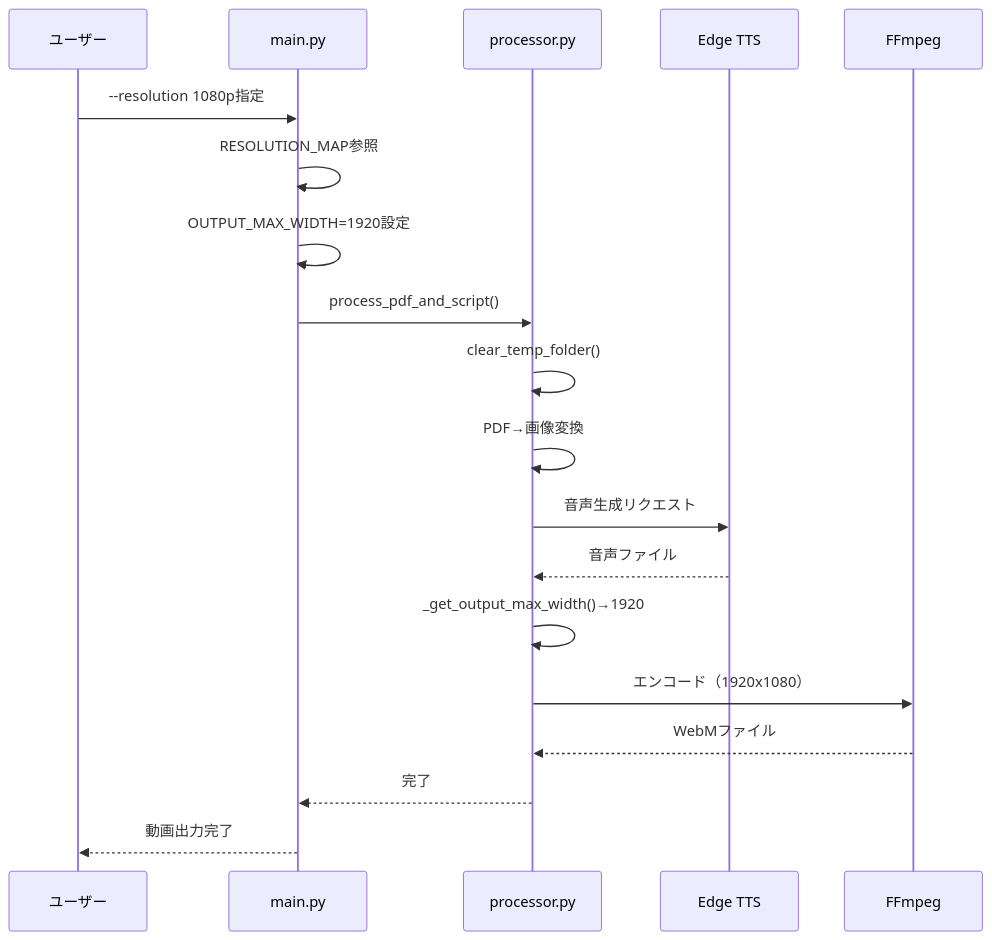
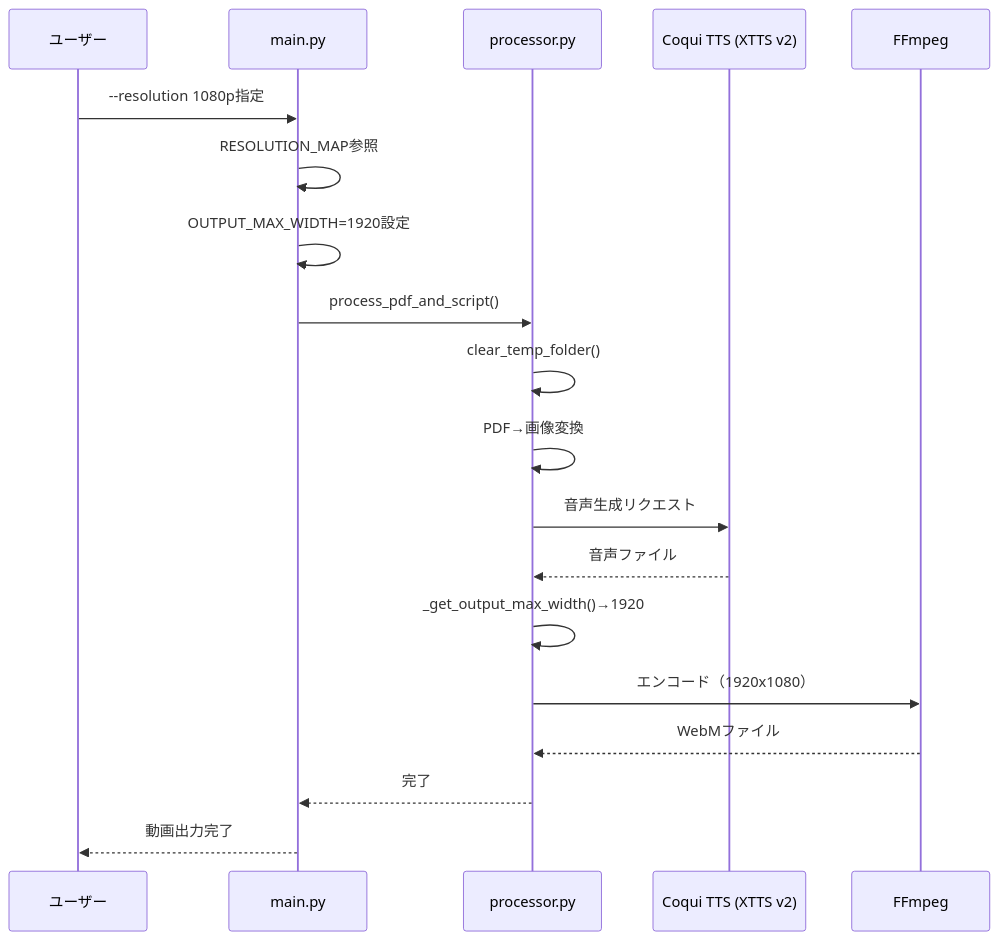
One commit to J1921604/Slide-MyVoice-Maker changed the second of 4 diagrams in docs/完全仕様書.md. Above: the diagram before and after it, drawn with Mermaid. The commit also changed other lines of this file and 8 other files, not shown here.

Commit message:
feat: Coqui TTS統合とTorchCodecバイパス実装 - Edge TTSフォールバック無効化 - torchaudio.loadをsoundfileベースにパッチ - 音声生成タイムアウト300秒に延長 - Coqui TTS初回実行時のモデルロード対応 - requirements.txt整理（edge-tts, pandas削除、cutlet/unidic-lite追加） - ドキュメント更新（README, spec.md, plan.md, 完全仕様書.md） - FFmpegインストール手順追加

````diff
--- a/docs/完全仕様書.md
+++ b/docs/完全仕様書.md
@@ -106,22 +106,22 @@
 ```mermaid
 sequenceDiagram
     participant User as ユーザー
     participant Main as main.py
     participant Proc as processor.py
-    participant TTS as Edge TTS
+    participant TTS as Coqui TTS (XTTS v2)
     participant FFmpeg as FFmpeg
 
     User->>Main: --resolution 1080p指定
     Main->>Main: RESOLUTION_MAP参照
     Main->>Main: OUTPUT_MAX_WIDTH=1920設定
     Main->>Proc: process_pdf_and_script()
     Proc->>Proc: clear_temp_folder()
     Proc->>Proc: PDF→画像変換
     Proc->>TTS: 音声生成リクエスト
     TTS-->>Proc: 音声ファイル
     Proc->>Proc: _get_output_max_width()→1920
     Proc->>FFmpeg: エンコード（1920x1080）
     FFmpeg-->>Proc: WebMファイル
     Proc-->>Main: 完了
     Main-->>User: 動画出力完了
 ```
````
